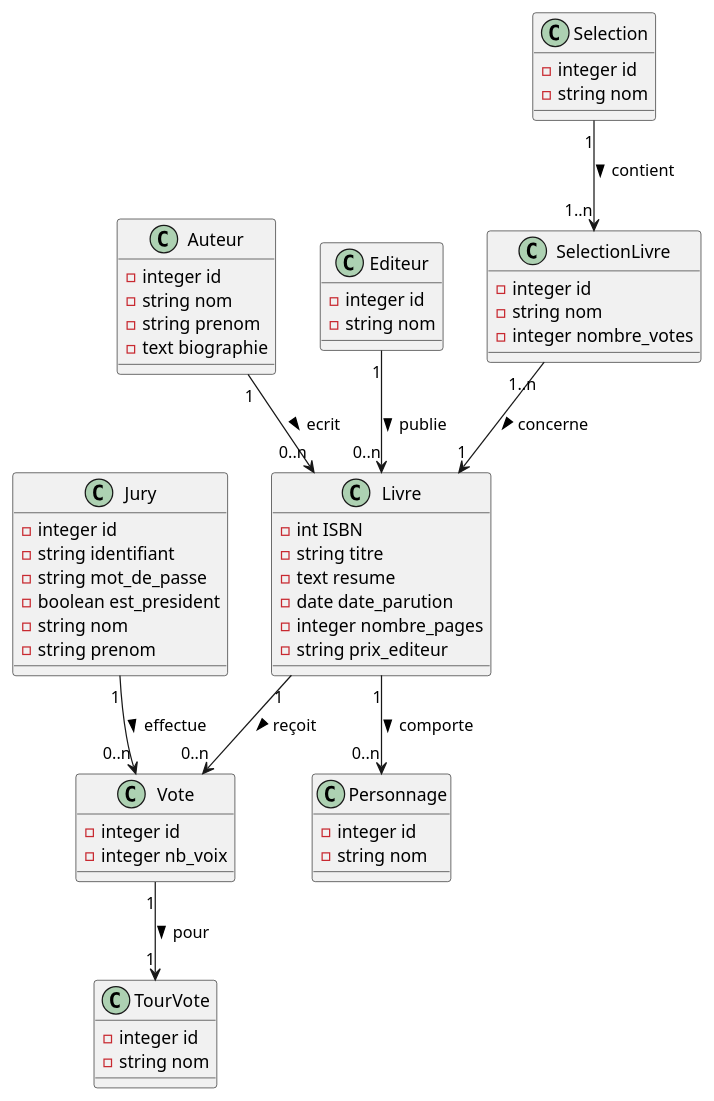
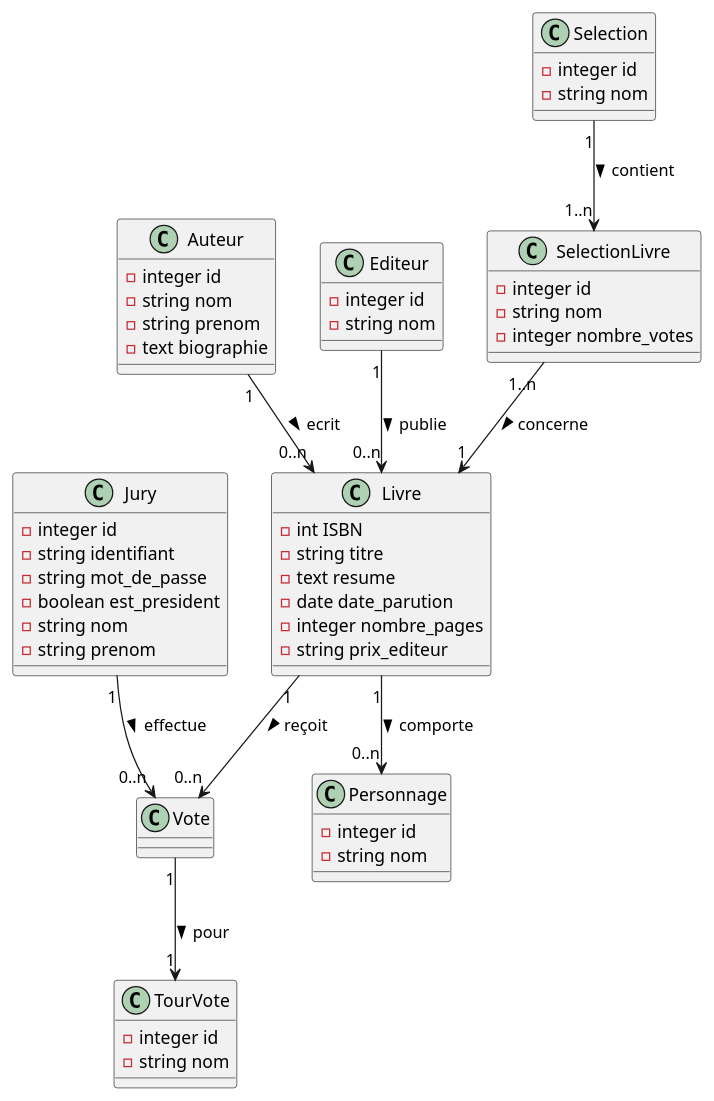
Before and after one commit to DucasseRafael91/Goncourt: the diagram in doc/uml/2-class/goncourt-class.puml, drawn with PlantUML. The commit also changed 1 other file, not shown here.

```diff
--- a/doc/uml/2-class/goncourt-class.puml
+++ b/doc/uml/2-class/goncourt-class.puml
@@ -1,78 +1,76 @@
 @startuml Goncourt
 
 class Livre
 {
     -int ISBN
     -string titre
     -text resume
     -date date_parution
     -integer nombre_pages
     -string prix_editeur
 }
 
 class Auteur
 {
     -integer id
     -string nom
     -string prenom
     -text biographie
 }
 
 class Editeur
 {
     -integer id
     -string nom
 }
 
 class Personnage
 {
     -integer id
     -string nom
 }
 
 class Jury
 {
     -integer id
     -string identifiant
     -string mot_de_passe
     -boolean est_president
     -string nom
     -string prenom
 }
 
 class TourVote
 {
     -integer id
     -string nom
 }
 
 class Vote
 {
-    -integer id
-    -integer nb_voix
 }
 
 class Selection
 {
     -integer id
     -string nom
 }
 
 class SelectionLivre
 {
     -integer id
     -string nom
     -integer nombre_votes
 }
 
 Auteur "1" --> "0..n" Livre : ecrit >
 Editeur "1" --> "0..n" Livre : publie >
 Livre "1" --> "0..n" Personnage : comporte >
 Livre "1" --> "0..n" Vote : reçoit >
 
 Jury "1" --> "0..n" Vote : effectue >
 Vote "1" --> "1" TourVote : pour >
 Selection "1" --> "1..n" SelectionLivre : contient >
 SelectionLivre "1..n" --> "1" Livre : concerne >
 
 @enduml
```
